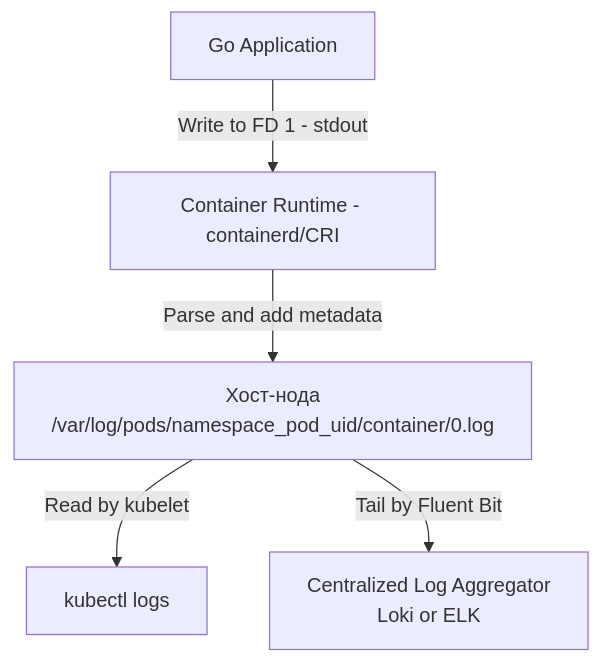
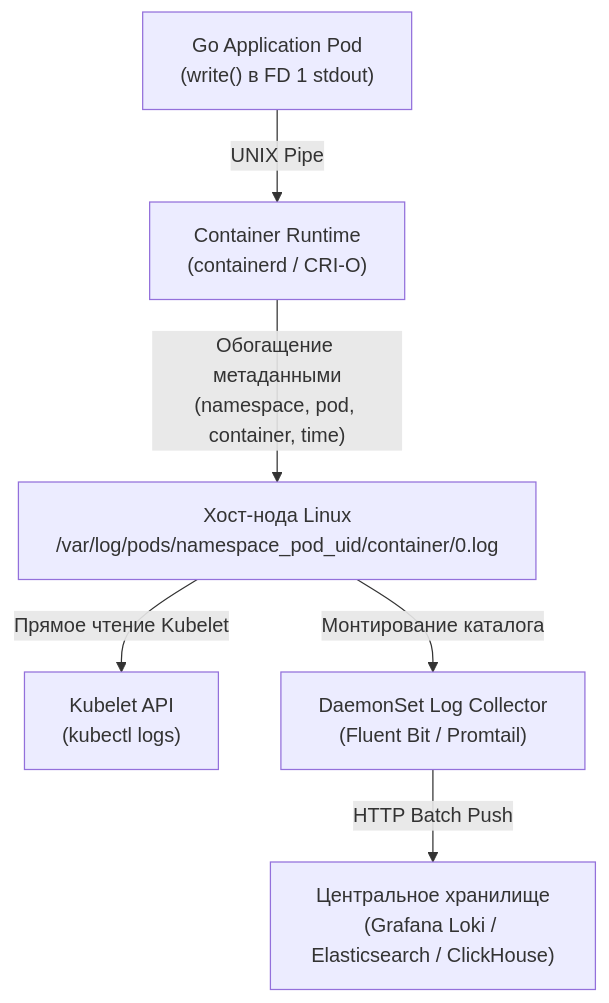
One commit to UnrealTemplier/go-textbook changed the first of 3 diagrams in sources/19. Инфраструктура. Linux, nginx, Docker, Kubernetes/05. Практика/5. Логи инфраструктуры.md. Above: the diagram before and after it, drawn with Mermaid. The commit also changed other lines of this file, not shown here.

Commit message:
feat(module-19): editorial rewrite of 05.5 Infrastructure logs in Kernighan style

````diff
--- a/sources/19. Инфраструктура. Linux, nginx, Docker, Kubernetes/05. Практика/5. Логи инфраструктуры.md
+++ b/sources/19. Инфраструктура. Linux, nginx, Docker, Kubernetes/05. Практика/5. Логи инфраструктуры.md
@@ -14,7 +24,11 @@
 ```mermaid
 flowchart TD
-    A["Go Application"] -->|"Write to FD 1 - stdout"| B["Container Runtime - containerd/CRI"]
-    B -->|"Parse and add metadata"| C["Хост-нодa<br>/var/log/pods/namespace_pod_uid/container/0.log"]
-    C -->|"Read by kubelet"| D["kubectl logs"]
-    C -->|"Tail by Fluent Bit"| E["Centralized Log Aggregator<br>Loki or ELK"]
+    GoApp["Go Application Pod\n(write() в FD 1 stdout)"] -->|"UNIX Pipe"| CRI["Container Runtime\n(containerd / CRI-O)"]
+    
+    CRI -->|"Обогащение метаданными\n(namespace, pod, container, time)"| HostDisk["Хост-нода Linux\n/var/log/pods/namespace_pod_uid/container/0.log"]
+    
+    HostDisk -->|"Прямое чтение Kubelet"| Kubelet["Kubelet API\n(kubectl logs)"]
+    HostDisk -->|"Монтирование каталога"| Collector["DaemonSet Log Collector\n(Fluent Bit / Promtail)"]
+    
+    Collector -->|"HTTP Batch Push"| LogStorage["Центральное хранилище\n(Grafana Loki / Elasticsearch / ClickHouse)"]
 ```
````
